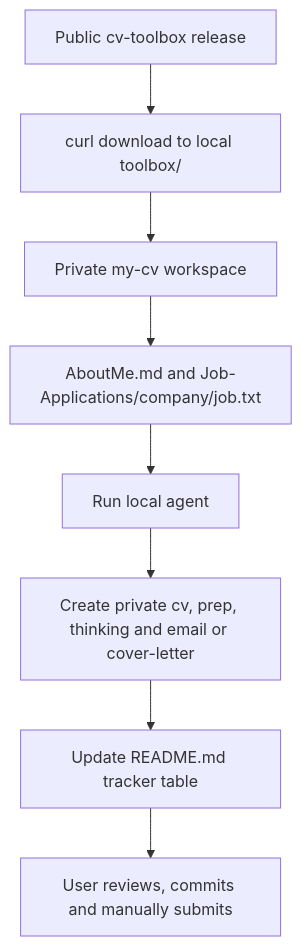
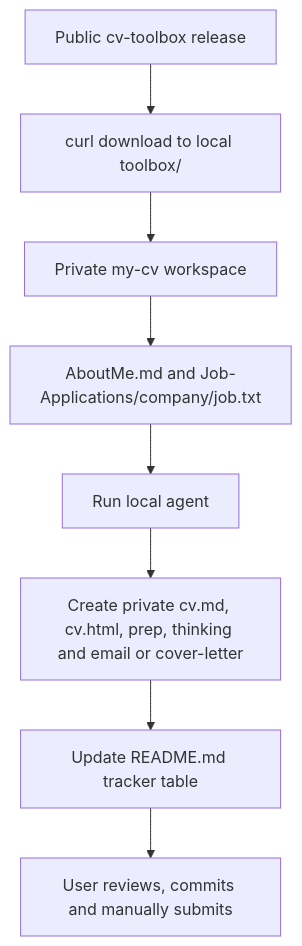
One commit to naren4b/cv-toolbox changed the diagram in Architecture.md. Above: the diagram before and after it, drawn with Mermaid. The commit also changed other lines of this file and 9 other files, not shown here.

````diff
--- a/Architecture.md
+++ b/Architecture.md
@@ -7,10 +7,10 @@
 ```mermaid
 flowchart TD
     A[Public cv-toolbox release] --> B[curl download to local toolbox/]
     B --> C[Private my-cv workspace]
     C --> D[AboutMe.md and Job-Applications/company/job.txt]
     D --> E[Run local agent]
-    E --> F[Create private cv, prep, thinking and email or cover-letter]
+    E --> F[Create private cv.md, cv.html, prep, thinking and email or cover-letter]
     F --> G[Update README.md tracker table]
     G --> H[User reviews, commits and manually submits]
 ```
````
